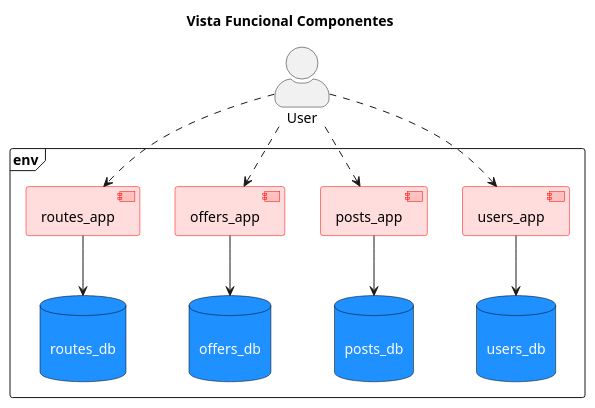
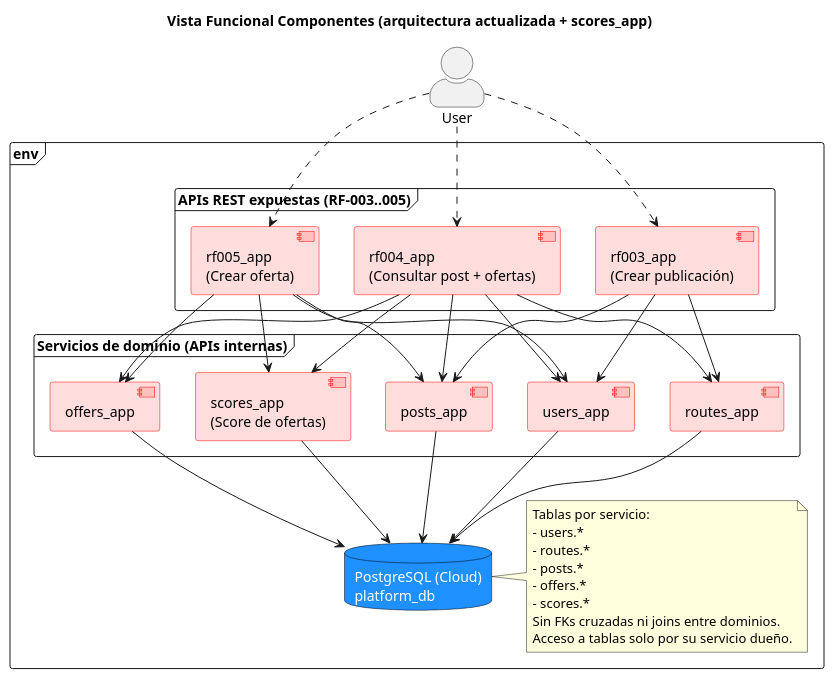
The diagram in docs/diagrams/components.puml (ddi4z/Cloud-native-application-development-Course), drawn with PlantUML before and after one commit.

Commit message:
Update components.puml
PUML de componentes

```diff
--- a/docs/diagrams/components.puml
+++ b/docs/diagrams/components.puml
@@ -1,42 +1,80 @@
 @startuml components
 
 skinparam actorStyle awesome
 
 skinparam component {
   BackgroundColor #FF000022
   BorderColor red
   FontColor black
 }
 
 skinparam database {
   BackgroundColor #1E90FF
   BorderColor black
   FontColor white
 }
 
-title "Vista Funcional Componentes"
+title "Vista Funcional Componentes (arquitectura actualizada + scores_app)"
 
 actor User
 
 frame "env" {
-  component "users_app" as users_app
-  component "posts_app" as posts_app
-  component "offers_app" as offers_app
-  component "routes_app" as routes_app
 
-  database "\nusers_db\n" as users_db
-  database "\nposts_db\n" as posts_db
-  database "\noffers_db\n" as offers_db
-  database "\nroutes_db\n" as routes_db
+  frame "APIs REST expuestas (RF-003..005)" {
+    component "rf003_app\n(Crear publicación)" as rf003_app
+    component "rf004_app\n(Consultar post + ofertas)" as rf004_app
+    component "rf005_app\n(Crear oferta)" as rf005_app
+  }
 
-  User ..> users_app
-  User ..> posts_app
-  User ..> offers_app
-  User ..> routes_app
+  frame "Servicios de dominio (APIs internas)" {
+    component "users_app"   as users_app
+    component "routes_app"  as routes_app
+    component "posts_app"   as posts_app
+    component "offers_app"  as offers_app
+    component "scores_app\n(Score de ofertas)" as scores_app
+  }
 
-  users_app --> users_db
-  posts_app --> posts_db
-  offers_app --> offers_db
-  routes_app --> routes_db
+  database "PostgreSQL (Cloud)\nplatform_db" as platform_db
+
+  note right of platform_db
+    Tablas por servicio:
+    - users.*
+    - routes.*
+    - posts.*
+    - offers.*
+    - scores.*
+    Sin FKs cruzadas ni joins entre dominios.
+    Acceso a tablas solo por su servicio dueño.
+  end note
+
+  ' Interacción del usuario: solo con los nuevos RF via API REST
+  User ..> rf003_app
+  User ..> rf004_app
+  User ..> rf005_app
+
+  ' Orquestación RF-003 (sin scores_app)
+  rf003_app --> users_app
+  rf003_app --> routes_app
+  rf003_app --> posts_app
+
+  ' Orquestación RF-004
+  rf004_app --> users_app
+  rf004_app --> posts_app
+  rf004_app --> offers_app
+  rf004_app --> routes_app
+  rf004_app --> scores_app
+
+  ' Orquestación RF-005
+  rf005_app --> users_app
+  rf005_app --> posts_app
+  rf005_app --> offers_app
+  rf005_app --> scores_app
+
+  ' Persistencia: una sola BD en la nube; cada servicio usa sus propias tablas
+  users_app  --> platform_db
+  routes_app --> platform_db
+  posts_app  --> platform_db
+  offers_app --> platform_db
+  scores_app --> platform_db
 }
 @enduml
```
